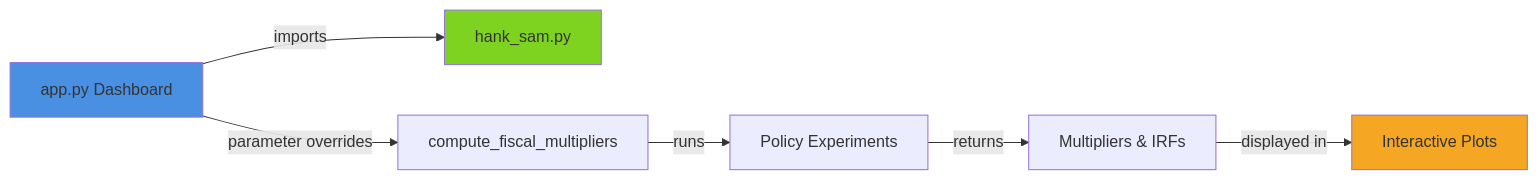
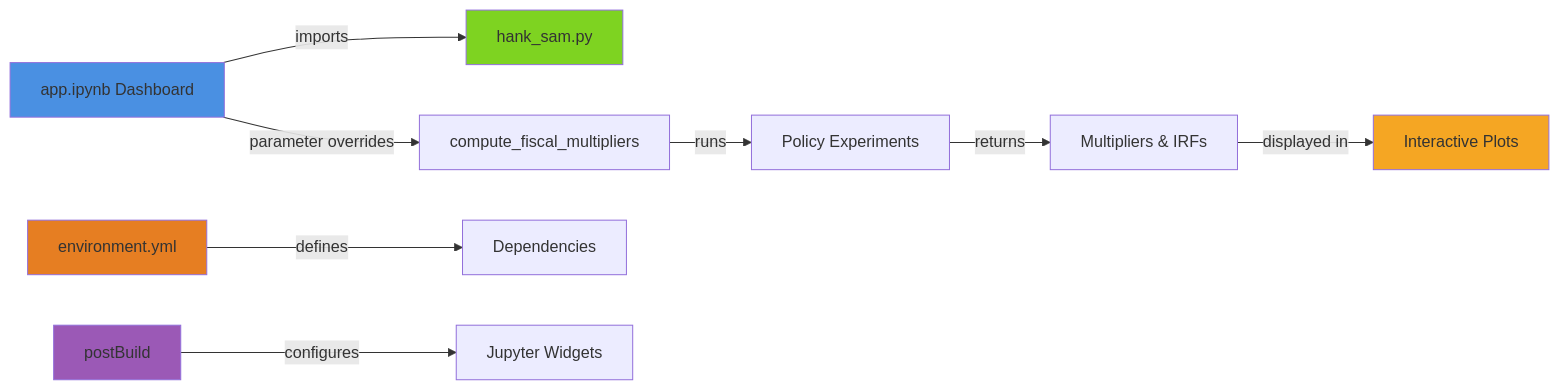
One commit to llorracc/HAFiscal-Latest changed the diagram in dashboard/DASHBOARD_README.md. Above: the diagram before and after it, drawn with Mermaid. The commit also changed other lines of this file and 1 other file, not shown here.

````diff
--- a/dashboard/DASHBOARD_README.md
+++ b/dashboard/DASHBOARD_README.md
@@ -86,12 +140,17 @@
 ```mermaid
 graph LR
-    A[app.py Dashboard] -->|imports| B[hank_sam.py]
+    A[app.ipynb Dashboard] -->|imports| B[hank_sam.py]
     A -->|parameter overrides| C[compute_fiscal_multipliers]
     C -->|runs| D[Policy Experiments]
     D -->|returns| E[Multipliers & IRFs]
     E -->|displayed in| F[Interactive Plots]
     
+    G[environment.yml] -->|defines| H[Dependencies]
+    I[postBuild] -->|configures| J[Jupyter Widgets]
+    
     style A fill:#4a90e2
     style B fill:#7ed321
     style F fill:#f5a623
+    style G fill:#e67e22
+    style I fill:#9b59b6
 ```
````
